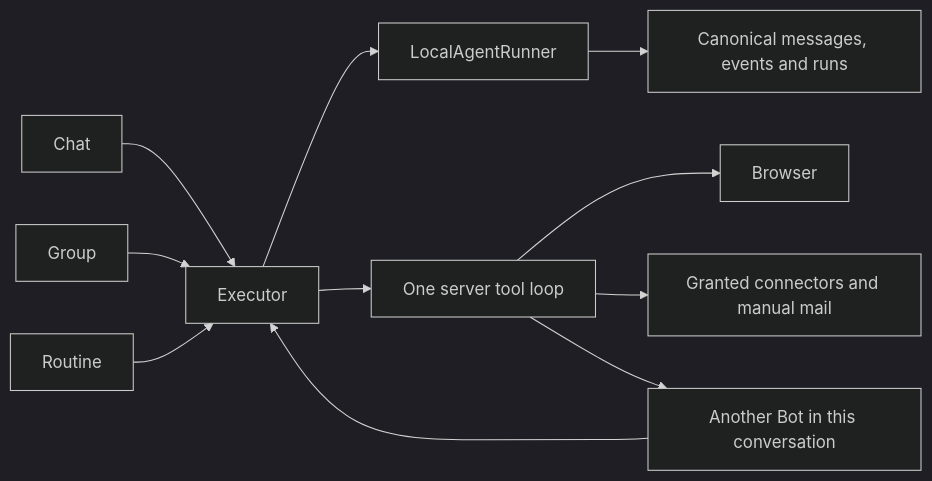
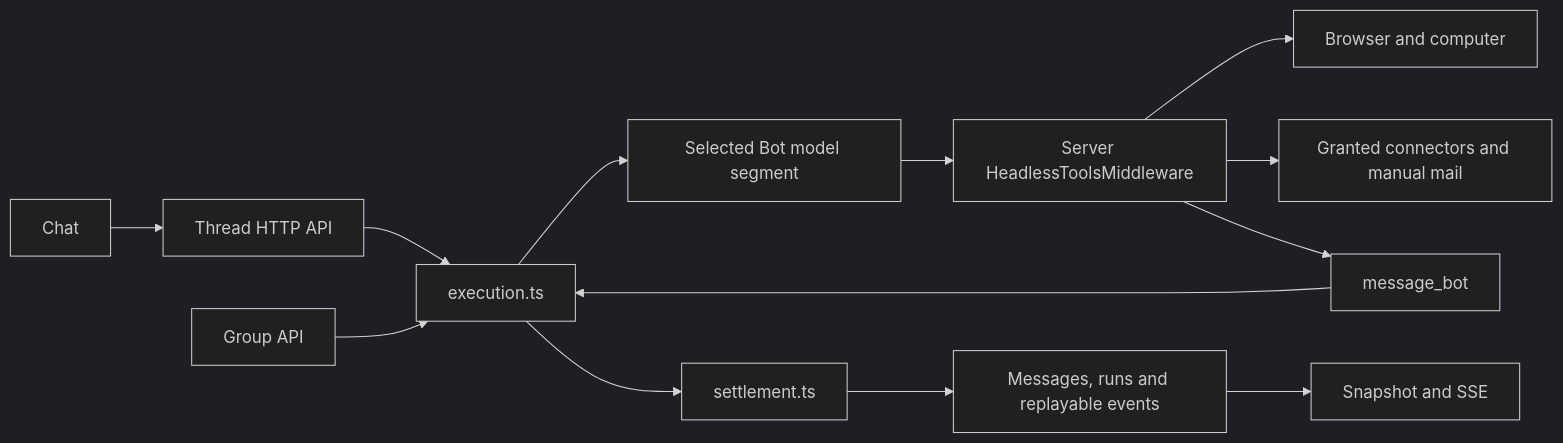
One commit to personadynamics-studio/PDSDuet changed the diagram in openbot/docs/architecture.md. Above: the diagram before and after it, drawn with Mermaid (dark theme). The commit also changed other lines of this file and 16 other files, not shown here.

````diff
--- a/openbot/docs/architecture.md
+++ b/openbot/docs/architecture.md
@@ -9,13 +9,15 @@
 ```mermaid
 flowchart LR
-  Chat --> Executor
-  Group --> Executor
-  Routine --> Executor
-  Executor --> Runner[LocalAgentRunner]
-  Executor --> Tools[One server tool loop]
-  Runner --> Store[Canonical messages, events and runs]
-  Tools --> Browser
+  Chat --> Routes[Thread HTTP API]
+  Routes --> Execution[execution.ts]
+  Group[Group API] --> Execution
+  Execution --> Model[Selected Bot model segment]
+  Model --> Tools[Server HeadlessToolsMiddleware]
+  Tools --> Browser[Browser and computer]
   Tools --> Connectors[Granted connectors and manual mail]
-  Tools --> Peer[Another Bot in this conversation]
-  Peer --> Executor
+  Tools --> Peer[message_bot]
+  Peer --> Execution
+  Execution --> Settlement[settlement.ts]
+  Settlement --> DB[Messages, runs and replayable events]
+  DB --> View[Snapshot and SSE]
 ```
````
